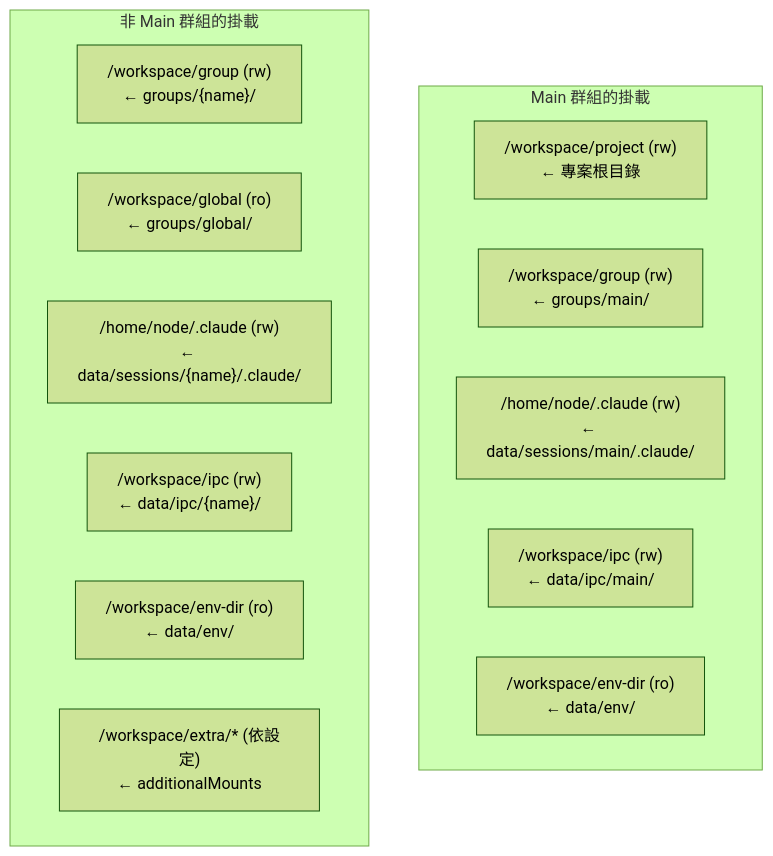
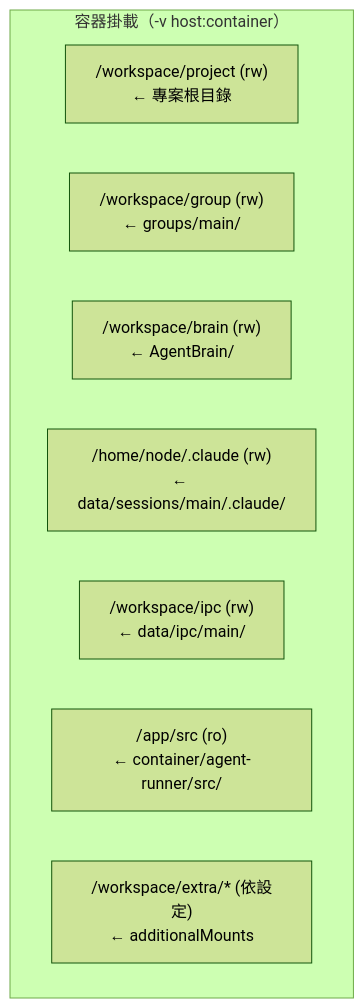
One commit to shunwork/nanoclaw changed the tenth of 39 diagrams in tutorial/TUTORIAL.md. Above: the diagram before and after it, drawn with Mermaid (forest theme). The commit also changed other lines of this file and 18 other files, not shown here.

````diff
--- a/tutorial/TUTORIAL.md
+++ b/tutorial/TUTORIAL.md
@@ -561,19 +604,12 @@
 ```mermaid
 graph TB
-    subgraph "Main 群組的掛載"
+    subgraph "容器掛載（-v host:container）"
         M1["/workspace/project (rw)<br>← 專案根目錄"]
         M2["/workspace/group (rw)<br>← groups/main/"]
-        M3["/home/node/.claude (rw)<br>← data/sessions/main/.claude/"]
-        M4["/workspace/ipc (rw)<br>← data/ipc/main/"]
-        M5["/workspace/env-dir (ro)<br>← data/env/"]
-    end
-
-    subgraph "非 Main 群組的掛載"
-        N1["/workspace/group (rw)<br>← groups/{name}/"]
-        N2["/workspace/global (ro)<br>← groups/global/"]
-        N3["/home/node/.claude (rw)<br>← data/sessions/{name}/.claude/"]
-        N4["/workspace/ipc (rw)<br>← data/ipc/{name}/"]
-        N5["/workspace/env-dir (ro)<br>← data/env/"]
-        N6["/workspace/extra/* (依設定)<br>← additionalMounts"]
+        M3["/workspace/brain (rw)<br>← AgentBrain/"]
+        M4["/home/node/.claude (rw)<br>← data/sessions/main/.claude/"]
+        M5["/workspace/ipc (rw)<br>← data/ipc/main/"]
+        M6["/app/src (ro)<br>← container/agent-runner/src/"]
+        M7["/workspace/extra/* (依設定)<br>← additionalMounts"]
     end
 ```
````
